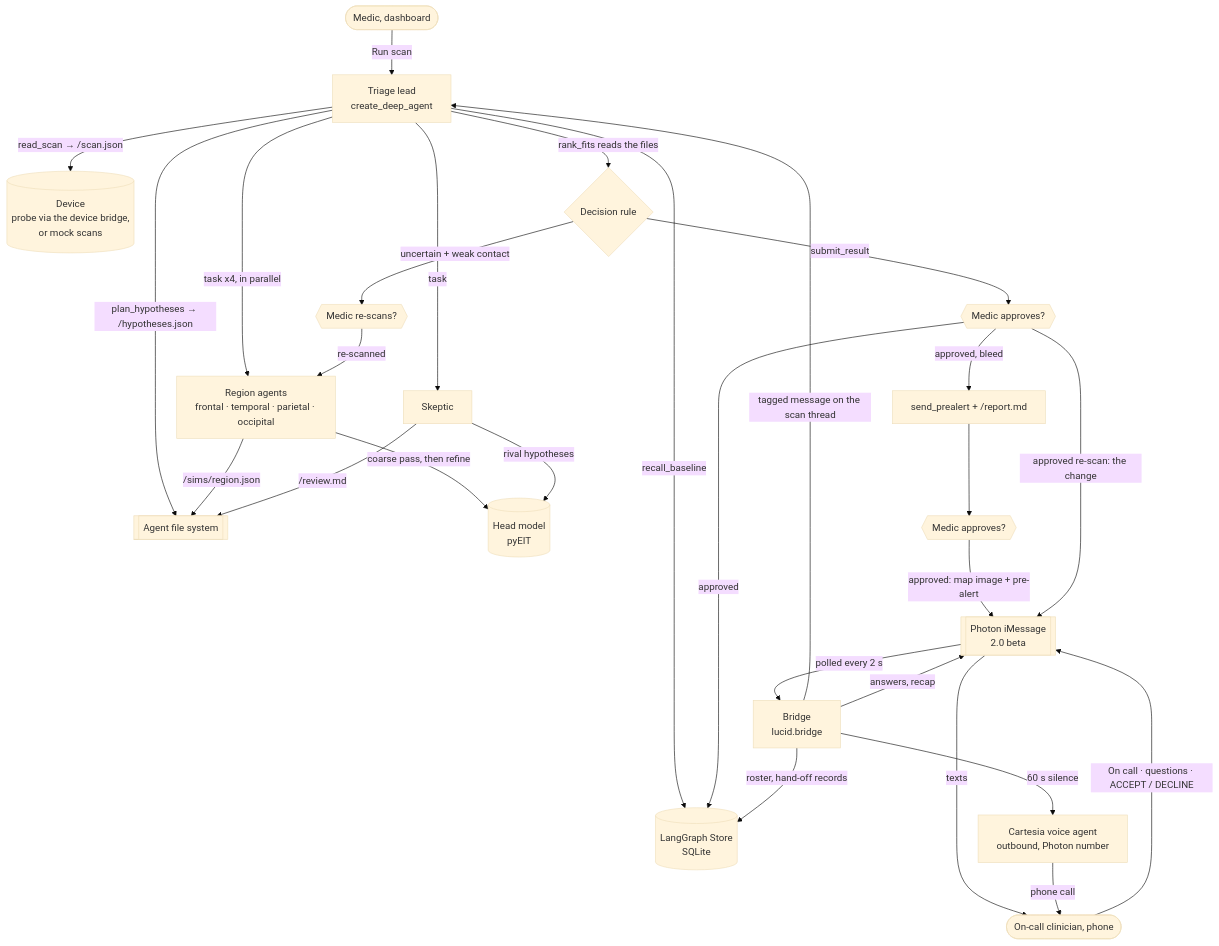
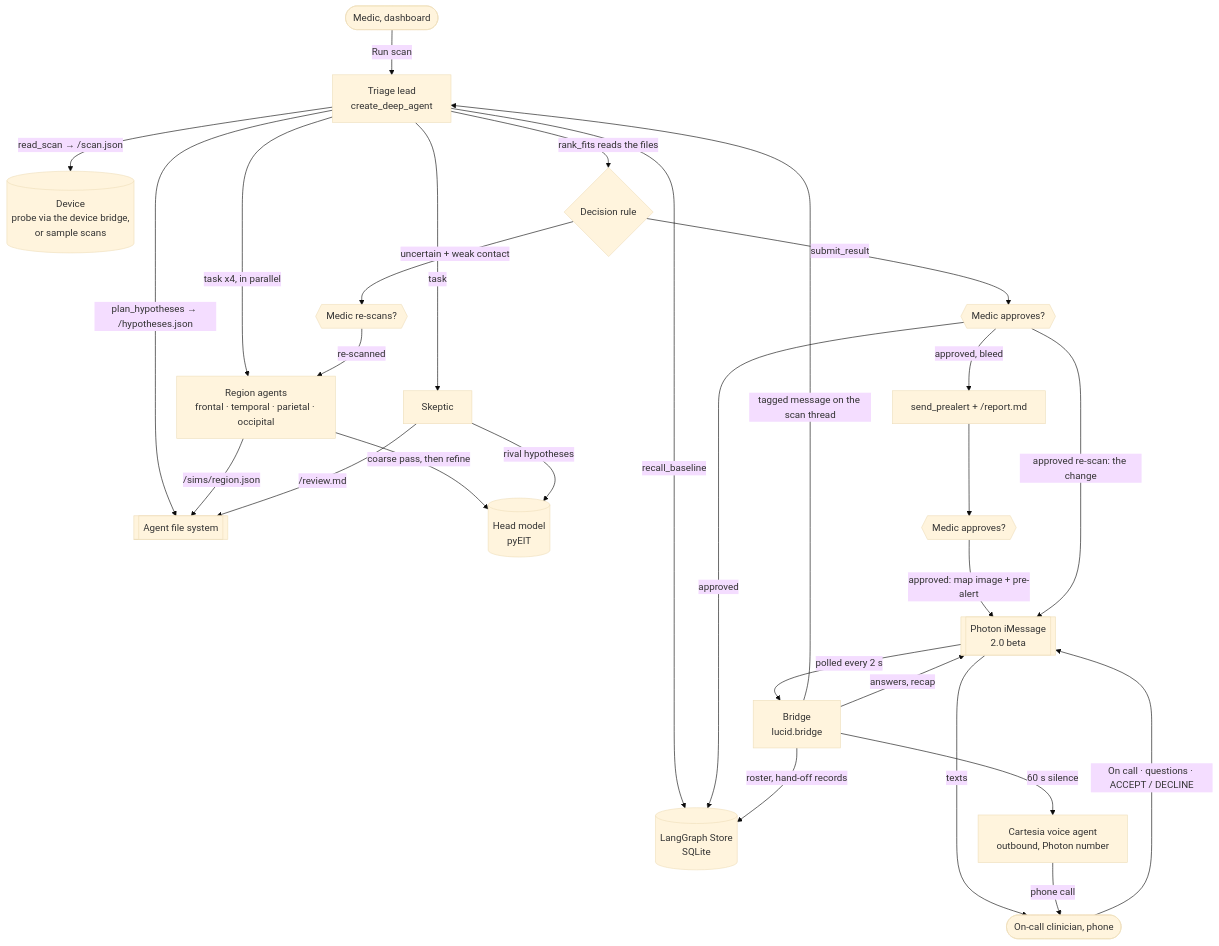
The diagram in agent/README.md (at350/hackprinceton-fall-2026), drawn with Mermaid (base theme) before and after one commit. The commit also changed other lines of this file and 26 other files, not shown here.

Commit message:
Docs and UI wording: bench calibration steps, sample scans, no TODO lists

````diff
--- a/agent/README.md
+++ b/agent/README.md
@@ -38,31 +38,31 @@
 ```mermaid
 flowchart TD
     medic([Medic, dashboard]) -- "Run scan" --> lead
     lead[Triage lead<br/>create_deep_agent]
-    lead -- "read_scan → /scan.json" --> device[(Device<br/>probe via the device bridge,<br/>or mock scans)]
+    lead -- "read_scan → /scan.json" --> device[(Device<br/>probe via the device bridge,<br/>or sample scans)]
     lead -- recall_baseline --> store[(LangGraph Store<br/>SQLite)]
     lead -- "plan_hypotheses → /hypotheses.json" --> fs[[Agent file system]]
     lead -- "task x4, in parallel" --> R["Region agents<br/>frontal · temporal · parietal · occipital"]
     R -- "coarse pass, then refine" --> model[(Head model<br/>pyEIT)]
     R -- "/sims/region.json" --> fs
     lead -- "task" --> S[Skeptic]
     S -- "rival hypotheses" --> model
     S -- "/review.md" --> fs
     lead -- "rank_fits reads the files" --> rule{Decision rule}
     rule -- "uncertain + weak contact" --> g0{{Medic re-scans?}}
     g0 -- "re-scanned" --> R
     rule -- submit_result --> g1{{Medic approves?}}
     g1 -- "approved, bleed" --> pre["send_prealert + /report.md"]
     pre --> g2{{Medic approves?}}
     g1 -- approved --> store
     g2 -- "approved: map image + pre-alert" --> ph[[Photon iMessage<br/>2.0 beta]]
     g1 -- "approved re-scan: the change" --> ph
     ph -- texts --> clin([On-call clinician, phone])
     clin -- "On call · questions · ACCEPT / DECLINE" --> ph
     ph -- "polled every 2 s" --> br[Bridge<br/>lucid.bridge]
     br -- "tagged message on the scan thread" --> lead
     br -- "answers, recap" --> ph
     br -- "roster, hand-off records" --> store
     br -- "60 s silence" --> vc[Cartesia voice agent<br/>outbound, Photon number]
     vc -- "phone call" --> clin
 ```
````
